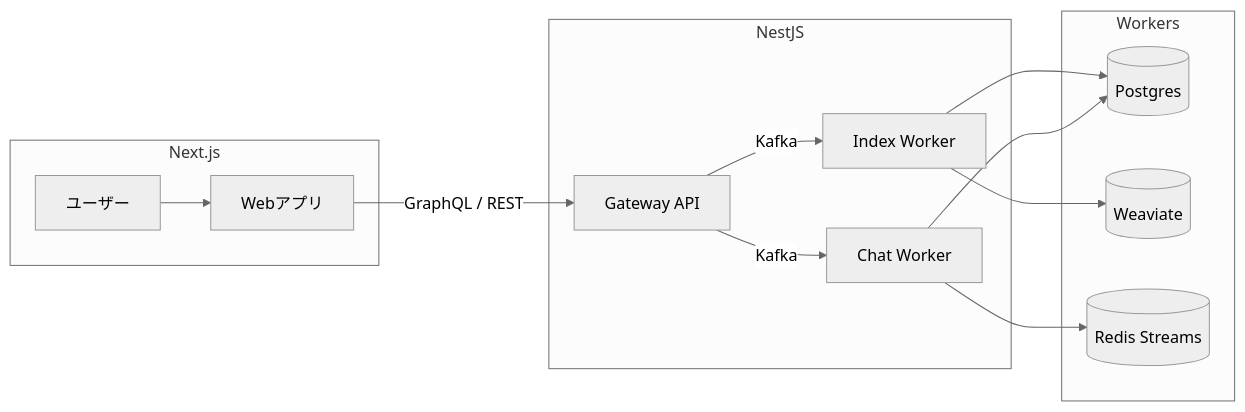
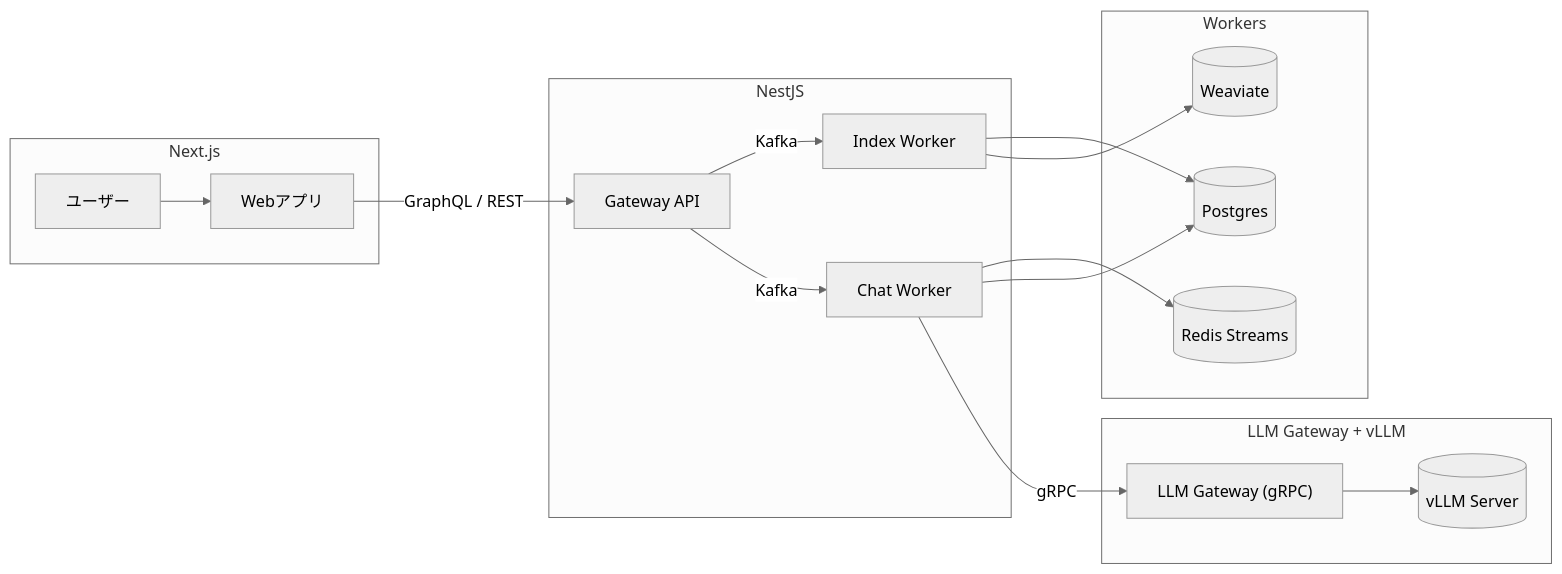
The third of 3 diagrams in README.md (yungtweek/tweek.ninja-talkie), drawn with Mermaid (neutral theme) before and after one commit. The commit also changed other lines of this file and 1 other file, not shown here.

Commit message:
docs: refine LLM Gateway docs & update architecture

````diff
--- a/README.md
+++ b/README.md
@@ -211,19 +279,25 @@
 ```mermaid
 graph LR
   subgraph Web [Next.js]
     U[ユーザー] --> FE[Webアプリ]
   end
 
   subgraph Gateway [NestJS]
     FE -->|GraphQL / REST| GW[Gateway API]
     GW -->|Kafka| WK1[Index Worker]
     GW -->|Kafka| WK2[Chat Worker]
   end
 
   subgraph Workers
     WK1 --> PG[(Postgres)]
     WK1 --> WV[(Weaviate)]
     WK2 --> RD[(Redis Streams)]
     WK2 --> PG
   end
+
+  subgraph LLM [LLM Gateway + vLLM]
+    LLMGW["LLM Gateway (gRPC)"] --> VSRV[(vLLM Server)]
+  end
+
+  WK2 -->|gRPC| LLMGW
 ```
````
